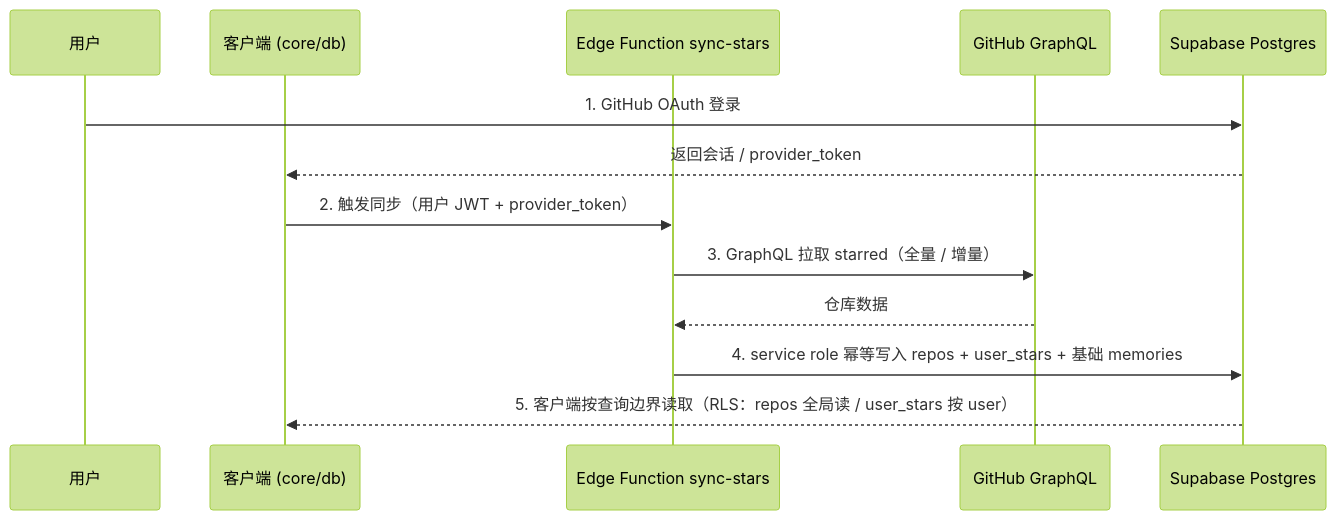
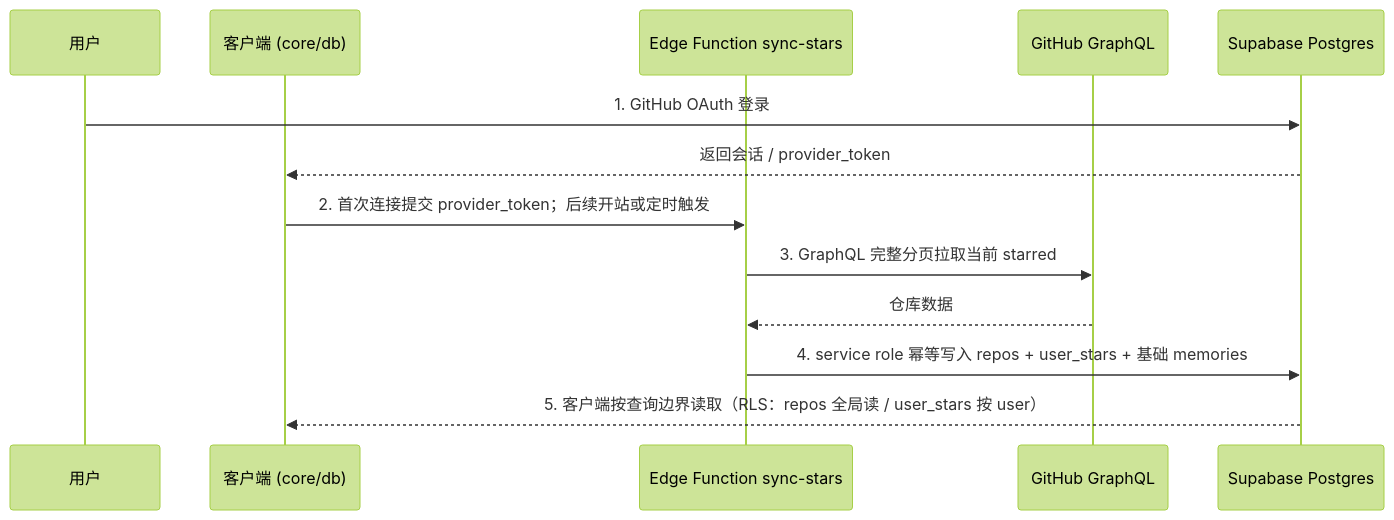
The second of 2 diagrams in knowledge/contracts/architecture.md (sousouliao/asterism), drawn with Mermaid (forest theme) before and after one commit. The commit also changed other lines of this file and 51 other files, not shown here.

````diff
--- a/knowledge/contracts/architecture.md
+++ b/knowledge/contracts/architecture.md
@@ -94,16 +94,16 @@
 ```mermaid
 sequenceDiagram
   participant U as 用户
   participant C as 客户端 (core/db)
   participant Fn as Edge Function sync-stars
   participant GH as GitHub GraphQL
   participant SB as Supabase Postgres
 
   U->>SB: 1. GitHub OAuth 登录
   SB-->>C: 返回会话 / provider_token
-  C->>Fn: 2. 触发同步（用户 JWT + provider_token）
-  Fn->>GH: 3. GraphQL 拉取 starred（全量 / 增量）
+  C->>Fn: 2. 首次连接提交 provider_token；后续开站或定时触发
+  Fn->>GH: 3. GraphQL 完整分页拉取当前 starred
   GH-->>Fn: 仓库数据
   Fn->>SB: 4. service role 幂等写入 repos + user_stars + 基础 memories
   SB-->>C: 5. 客户端按查询边界读取（RLS：repos 全局读 / user_stars 按 user）
 ```
````
